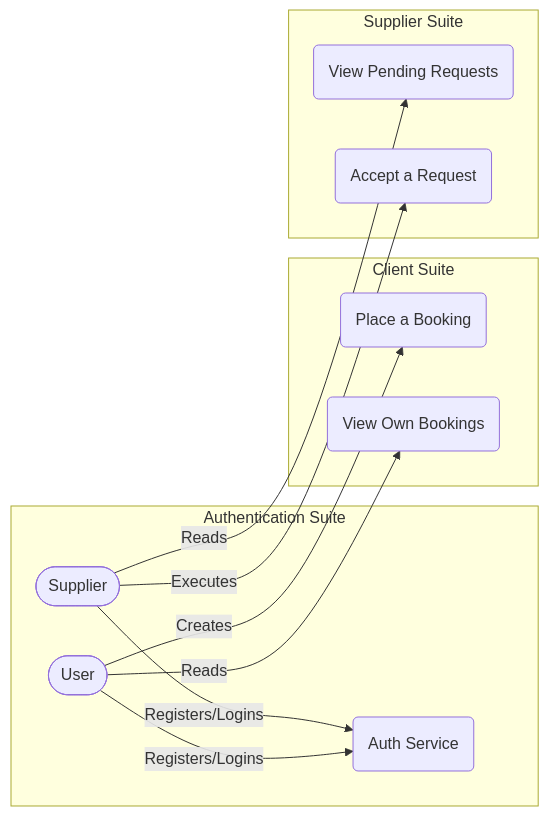
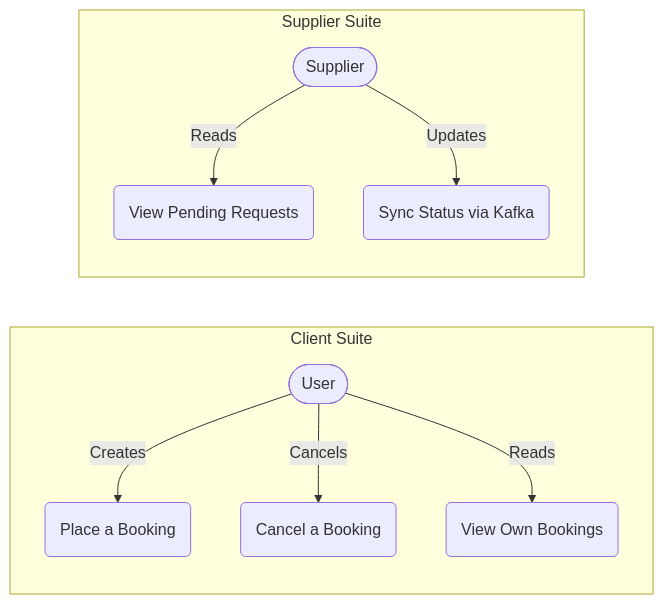
The diagram in README.md (Aniketh78/event-driven-service-marketplace), drawn with Mermaid before and after one commit. The commit also changed other lines of this file and 10 other files, not shown here.

````diff
--- a/README.md
+++ b/README.md
@@ -82,20 +31,16 @@
 ```mermaid
 graph LR
     User([User])
     Supplier([Supplier])
 
-    subgraph "Authentication Suite"
-        User -->|Registers/Logins| SignIn(Auth Service)
-        Supplier -->|Registers/Logins| SignIn
-    end
-
     subgraph "Client Suite"
         User -->|Creates| CreateBooking(Place a Booking)
+        User -->|Cancels| CancelBooking(Cancel a Booking)
         User -->|Reads| ViewBookings(View Own Bookings)
     end
 
     subgraph "Supplier Suite"
         Supplier -->|Reads| ViewRequests(View Pending Requests)
-        Supplier -->|Executes| AcceptRequest(Accept a Request)
+        Supplier -->|Updates| SyncStatus(Sync Status via Kafka)
     end
 ```
````
